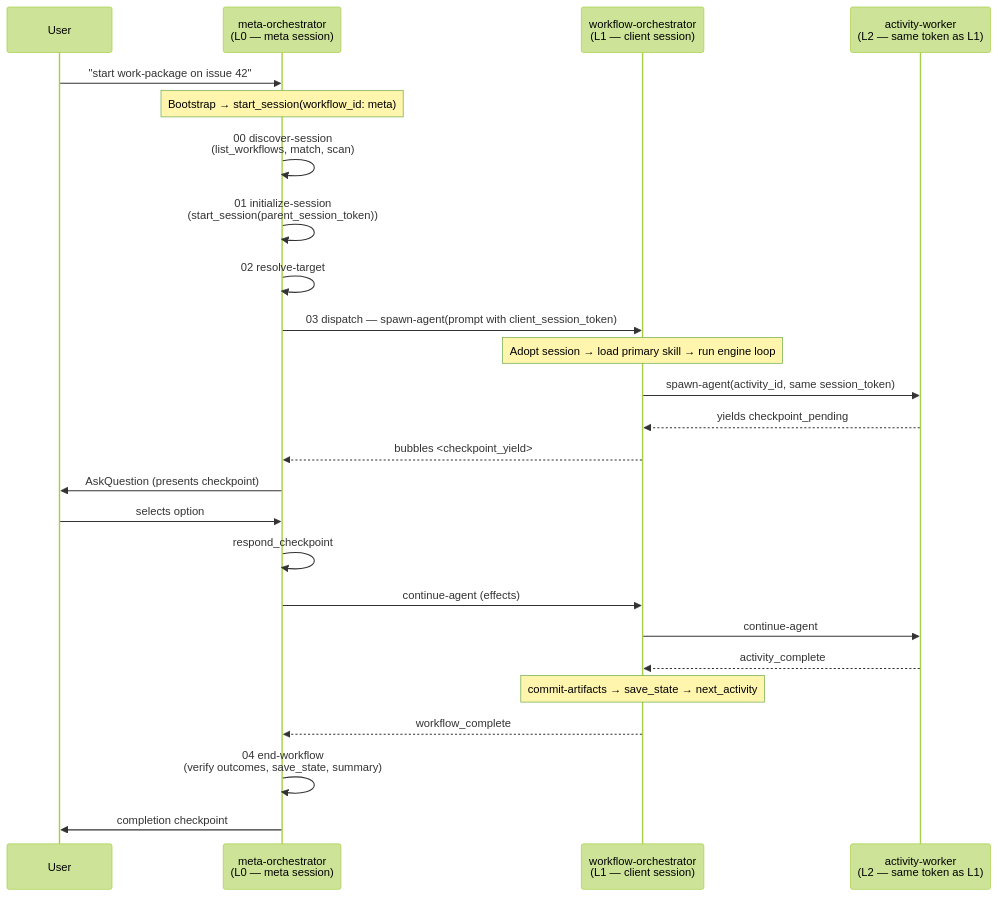
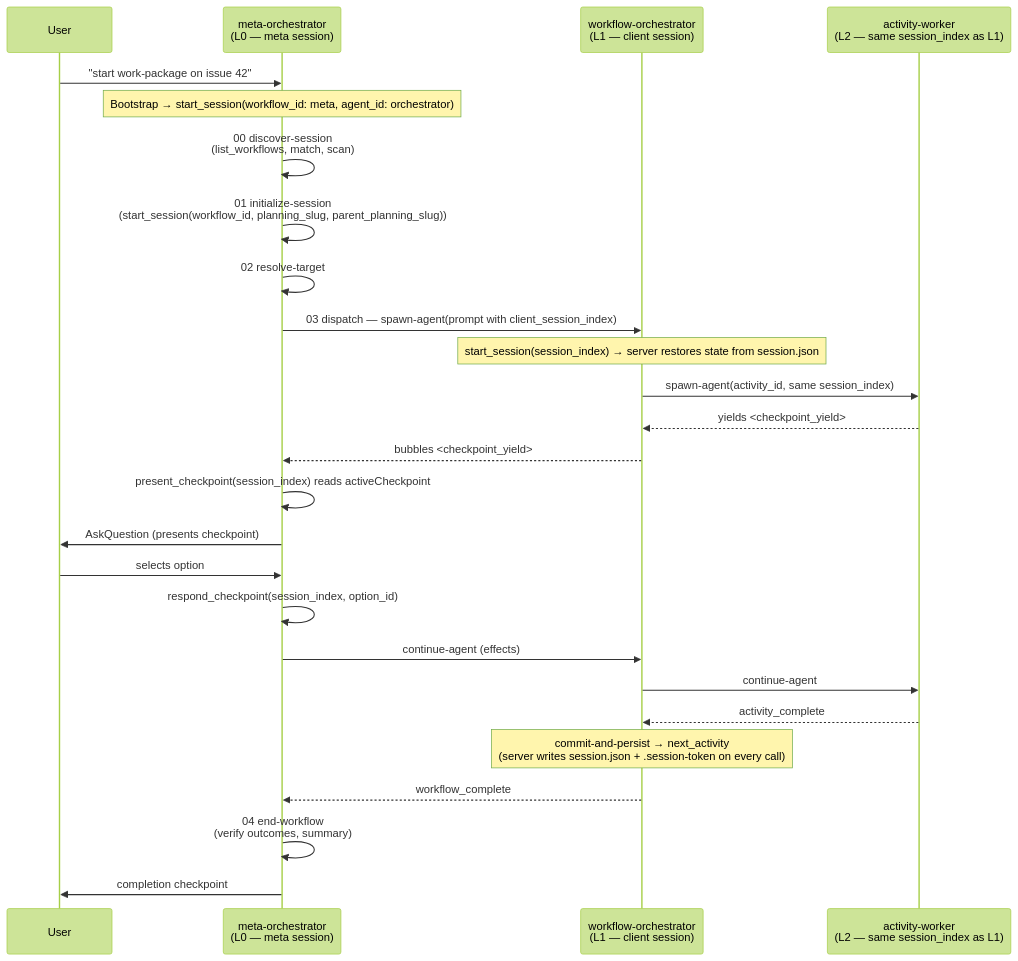
One commit to m2ux/workflow-server changed the second of 2 diagrams in meta/README.md. Above: the diagram before and after it, drawn with Mermaid (forest theme). The commit also changed other lines of this file and 7 other files, not shown here.

````diff
--- a/meta/README.md
+++ b/meta/README.md
@@ -52,31 +53,32 @@
 ```mermaid
 sequenceDiagram
     participant User
     participant Meta as meta-orchestrator<br/>(L0 — meta session)
     participant Client as workflow-orchestrator<br/>(L1 — client session)
-    participant Worker as activity-worker<br/>(L2 — same token as L1)
+    participant Worker as activity-worker<br/>(L2 — same session_index as L1)
 
     User->>Meta: "start work-package on issue 42"
-    Note over Meta: Bootstrap → start_session(workflow_id: meta)
+    Note over Meta: Bootstrap → start_session(workflow_id: meta, agent_id: orchestrator)
     Meta->>Meta: 00 discover-session<br/>(list_workflows, match, scan)
-    Meta->>Meta: 01 initialize-session<br/>(start_session(parent_session_token))
+    Meta->>Meta: 01 initialize-session<br/>(start_session(workflow_id, planning_slug, parent_planning_slug))
     Meta->>Meta: 02 resolve-target
 
-    Meta->>Client: 03 dispatch — spawn-agent(prompt with client_session_token)
-    Note over Client: Adopt session → load primary skill → run engine loop
+    Meta->>Client: 03 dispatch — spawn-agent(prompt with client_session_index)
+    Note over Client: start_session(session_index) → server restores state from session.json
 
-    Client->>Worker: spawn-agent(activity_id, same session_token)
-    Worker-->>Client: yields checkpoint_pending
+    Client->>Worker: spawn-agent(activity_id, same session_index)
+    Worker-->>Client: yields <checkpoint_yield>
     Client-->>Meta: bubbles <checkpoint_yield>
+    Meta->>Meta: present_checkpoint(session_index) reads activeCheckpoint
     Meta->>User: AskQuestion (presents checkpoint)
     User->>Meta: selects option
-    Meta->>Meta: respond_checkpoint
+    Meta->>Meta: respond_checkpoint(session_index, option_id)
     Meta->>Client: continue-agent (effects)
     Client->>Worker: continue-agent
 
     Worker-->>Client: activity_complete
-    Note over Client: commit-artifacts → save_state → next_activity
+    Note over Client: commit-and-persist → next_activity<br/>(server writes session.json + .session-token on every call)
     Client-->>Meta: workflow_complete
-    Meta->>Meta: 04 end-workflow<br/>(verify outcomes, save_state, summary)
+    Meta->>Meta: 04 end-workflow<br/>(verify outcomes, summary)
     Meta->>User: completion checkpoint
 ```
````
